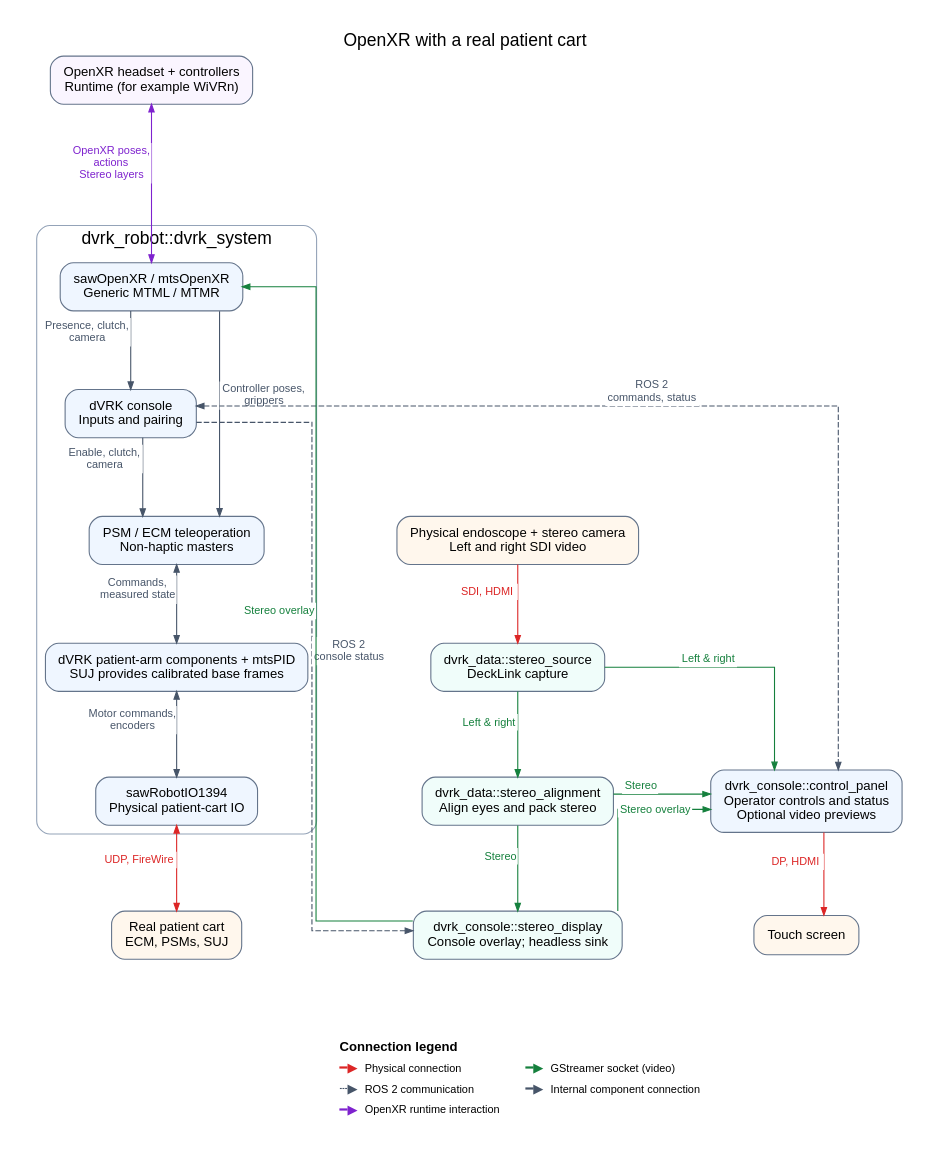
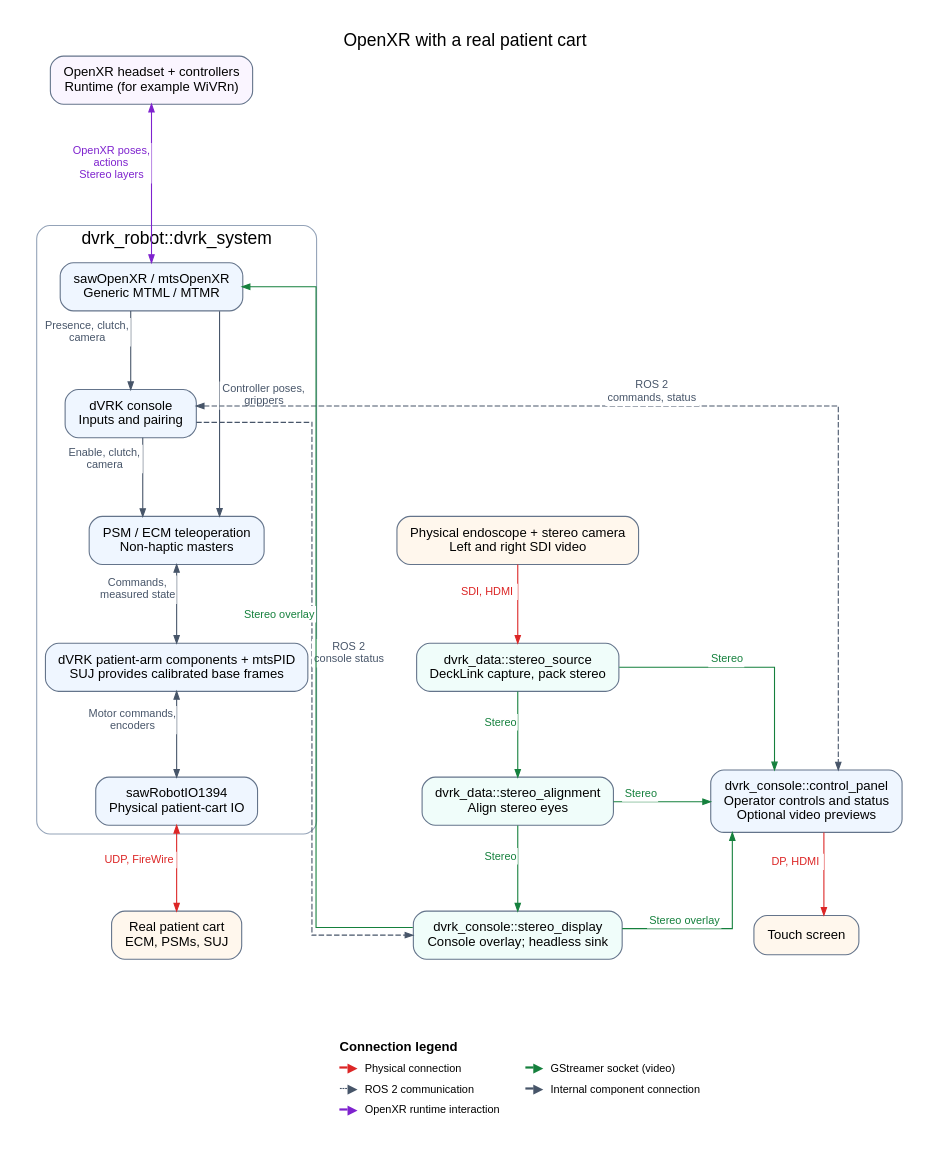
The diagram in docs/images/usage/openxr-real-patient-cart.dot (jhu-dvrk/dvrk-readthedocs), drawn with Graphviz before and after one commit. The commit also changed 10 other files, not shown here.

Commit message:
Enhance documentation and code for stereo video handling and annotations

```diff
--- a/docs/images/usage/openxr-real-patient-cart.dot
+++ b/docs/images/usage/openxr-real-patient-cart.dot
@@ -1,77 +1,77 @@
 digraph openxr_real {
   graph [rankdir=TB, splines=ortho, newrank=true, bgcolor="white", pad=0.25, nodesep=0.4, ranksep=1.0,
          fontname="Arial,Helvetica,sans-serif", fontsize=16, label="OpenXR with a real patient cart", labelloc=t];
   node [shape=box, style="rounded,filled", fillcolor="#eff6ff", color="#64748b",
         fontname="Arial,Helvetica,sans-serif", fontsize=12, margin="0.16,0.12"];
   edge [style=solid, color="#475569", fontcolor="#475569", fontname="Arial,Helvetica,sans-serif", fontsize=10, arrowsize=0.7];
 
   // Keep the three columns ordered; cross-column links never set ranks.
   subgraph column_control {
     label=""; style=invis;
     headset [label="OpenXR headset + controllers\nRuntime (for example WiVRn)", fillcolor="#faf5ff", group="control"];
     cart [label="Real patient cart\nECM, PSMs, SUJ", fillcolor="#fff7ed", group="control"];
     subgraph cluster_system {
       label="dvrk_robot::dvrk_system"; color="#94a3b8"; style=rounded;
       xr [label="sawOpenXR / mtsOpenXR\nGeneric MTML / MTMR", group="control"];
       console [label="dVRK console\nInputs and pairing", group="control"];
       teleop [label="PSM / ECM teleoperation\nNon-haptic masters", group="control"];
       arms [label="dVRK patient-arm components + mtsPID\nSUJ provides calibrated base frames", group="control"];
       io [label="sawRobotIO1394\nPhysical patient-cart IO", group="control"];
       xr -> console [xlabel=<<TABLE BORDER="0" CELLBORDER="0" CELLSPACING="0" CELLPADDING="2" BGCOLOR="white"><TR><TD>Presence, clutch,<BR/>camera</TD></TR></TABLE>>];
       xr -> teleop [xlabel=<<TABLE BORDER="0" CELLBORDER="0" CELLSPACING="0" CELLPADDING="2" BGCOLOR="white"><TR><TD>Controller poses,<BR/>grippers</TD></TR></TABLE>>];
       console -> teleop [xlabel=<<TABLE BORDER="0" CELLBORDER="0" CELLSPACING="0" CELLPADDING="2" BGCOLOR="white"><TR><TD>Enable, clutch,<BR/>camera</TD></TR></TABLE>>];
       teleop -> arms [dir=both, xlabel=<<TABLE BORDER="0" CELLBORDER="0" CELLSPACING="0" CELLPADDING="2" BGCOLOR="white"><TR><TD>Commands,<BR/>measured state</TD></TR></TABLE>>];
       arms -> io [dir=both, xlabel=<<TABLE BORDER="0" CELLBORDER="0" CELLSPACING="0" CELLPADDING="2" BGCOLOR="white"><TR><TD>Motor commands,<BR/>encoders</TD></TR></TABLE>>];
     }
   }
   subgraph column_video {
     label=""; style=invis;
     camera [label="Physical endoscope + stereo camera\nLeft and right SDI video", fillcolor="#fff7ed", group="video"];
-    source [label="dvrk_data::stereo_source\nDeckLink capture", fillcolor="#f0fdfa", group="video"];
-    alignment [label="dvrk_data::stereo_alignment\nAlign eyes and pack stereo", fillcolor="#f0fdfa", group="video"];
+    source [label="dvrk_data::stereo_source\nDeckLink capture, pack stereo", fillcolor="#f0fdfa", group="video"];
+    alignment [label="dvrk_data::stereo_alignment\nAlign stereo eyes", fillcolor="#f0fdfa", group="video"];
     display [label="dvrk_console::stereo_display\nConsole overlay; headless sink", fillcolor="#f0fdfa", group="video"];
   }
   subgraph column_panel {
     label=""; style=invis;
     control_panel [label="dvrk_console::control_panel\nOperator controls and status\nOptional video previews", group="panel"];
     touchscreen [label="Touch screen", fillcolor="#fff7ed", group="panel"];
   }
 
   headset -> xr [dir=both, xlabel=<<TABLE BORDER="0" CELLBORDER="0" CELLSPACING="0" CELLPADDING="2" BGCOLOR="white"><TR><TD>OpenXR poses,<BR/>actions<BR/>Stereo layers</TD></TR></TABLE>>, color="#7e22ce", fontcolor="#7e22ce", minlen=2];
   io -> cart [dir=both, xlabel=<<TABLE BORDER="0" CELLBORDER="0" CELLSPACING="0" CELLPADDING="2" BGCOLOR="white"><TR><TD>UDP, FireWire</TD></TR></TABLE>>, color="#dc2626", fontcolor="#dc2626"];
   camera -> source [xlabel=<<TABLE BORDER="0" CELLBORDER="0" CELLSPACING="0" CELLPADDING="2" BGCOLOR="white"><TR><TD>SDI, HDMI</TD></TR></TABLE>>, color="#dc2626", fontcolor="#dc2626"];
-  source -> alignment [xlabel=<<TABLE BORDER="0" CELLBORDER="0" CELLSPACING="0" CELLPADDING="2" BGCOLOR="white"><TR><TD>Left &amp; right</TD></TR></TABLE>>, color="#15803d", fontcolor="#15803d"];
+  source -> alignment [xlabel=<<TABLE BORDER="0" CELLBORDER="0" CELLSPACING="0" CELLPADDING="2" BGCOLOR="white"><TR><TD>Stereo</TD></TR></TABLE>>, color="#15803d", fontcolor="#15803d"];
   alignment -> display [xlabel=<<TABLE BORDER="0" CELLBORDER="0" CELLSPACING="0" CELLPADDING="2" BGCOLOR="white"><TR><TD>Stereo</TD></TR></TABLE>>, color="#15803d", fontcolor="#15803d"];
   console -> control_panel [dir=both, xlabel=<<TABLE BORDER="0" CELLBORDER="0" CELLSPACING="0" CELLPADDING="2" BGCOLOR="white"><TR><TD>ROS 2<BR/>commands, status</TD></TR></TABLE>>, style=dashed, constraint=false];
-  source -> control_panel [xlabel=<<TABLE BORDER="0" CELLBORDER="0" CELLSPACING="0" CELLPADDING="2" BGCOLOR="white"><TR><TD>Left &amp; right</TD></TR></TABLE>>, color="#15803d", fontcolor="#15803d", constraint=false];
+  source -> control_panel [xlabel=<<TABLE BORDER="0" CELLBORDER="0" CELLSPACING="0" CELLPADDING="2" BGCOLOR="white"><TR><TD>Stereo</TD></TR></TABLE>>, color="#15803d", fontcolor="#15803d", constraint=false];
   alignment -> control_panel [xlabel=<<TABLE BORDER="0" CELLBORDER="0" CELLSPACING="0" CELLPADDING="2" BGCOLOR="white"><TR><TD>Stereo</TD></TR></TABLE>>, color="#15803d", fontcolor="#15803d", constraint=false];
   display -> control_panel [xlabel=<<TABLE BORDER="0" CELLBORDER="0" CELLSPACING="0" CELLPADDING="2" BGCOLOR="white"><TR><TD>Stereo overlay</TD></TR></TABLE>>, color="#15803d", fontcolor="#15803d", constraint=false];
   control_panel -> touchscreen [xlabel=<<TABLE BORDER="0" CELLBORDER="0" CELLSPACING="0" CELLPADDING="2" BGCOLOR="white"><TR><TD>DP, HDMI</TD></TR></TABLE>>, color="#dc2626", fontcolor="#dc2626"];
 
 
   console:e -> display:w [xlabel=<<TABLE BORDER="0" CELLBORDER="0" CELLSPACING="0" CELLPADDING="2" BGCOLOR="white"><TR><TD>ROS 2<BR/>console status</TD></TR></TABLE>>, style=dashed, constraint=false];
   display:w -> xr:e [xlabel=<<TABLE BORDER="0" CELLBORDER="0" CELLSPACING="0" CELLPADDING="2" BGCOLOR="white"><TR><TD>Stereo overlay</TD></TR></TABLE>>, color="#15803d", fontcolor="#15803d", constraint=false];
 
   // Align the implicit columns at their bottom nodes.
   {rank=same; cart; display; touchscreen;}
   column_order [shape=point, width=0, height=0, label="", style=invis, ordering=out];
   column_order -> cart [style=invis];
   column_order -> display [style=invis];
   column_order -> touchscreen [style=invis];
 
   // Keep this legend consistent with readme-dot.md; include only types used above.
   subgraph legend_rank {
     rank=sink;
     legend [shape=plain, style="", margin=0, label=<
       <TABLE BORDER="0" CELLBORDER="0" CELLSPACING="0" CELLPADDING="3">
         <TR><TD COLSPAN="5" ALIGN="LEFT"><B>Connection legend</B></TD></TR>
         <TR><TD><FONT COLOR="#dc2626">━▶</FONT></TD><TD ALIGN="LEFT"><FONT POINT-SIZE="10">Physical connection</FONT></TD><TD WIDTH="20"></TD><TD><FONT COLOR="#15803d">━▶</FONT></TD><TD ALIGN="LEFT"><FONT POINT-SIZE="10">GStreamer socket (video)</FONT></TD></TR>
         <TR><TD><FONT COLOR="#475569">┄▶</FONT></TD><TD ALIGN="LEFT"><FONT POINT-SIZE="10">ROS 2 communication</FONT></TD><TD WIDTH="20"></TD><TD><FONT COLOR="#475569">━▶</FONT></TD><TD ALIGN="LEFT"><FONT POINT-SIZE="10">Internal component connection</FONT></TD></TR>
         <TR><TD><FONT COLOR="#7e22ce">━▶</FONT></TD><TD ALIGN="LEFT"><FONT POINT-SIZE="10">OpenXR runtime interaction</FONT></TD><TD WIDTH="20"></TD><TD COLSPAN="2"></TD></TR>
       </TABLE>
     >];
   }
   cart -> legend [style=invis];
   display -> legend [style=invis];
   touchscreen -> legend [style=invis];
 }
```
